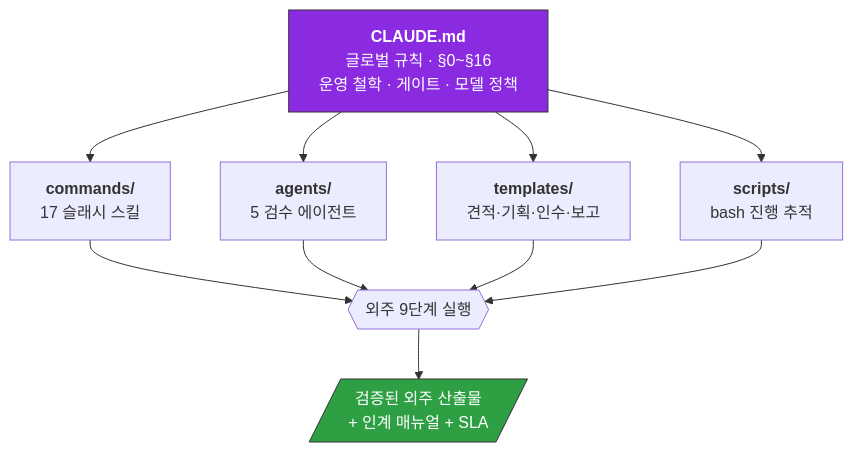
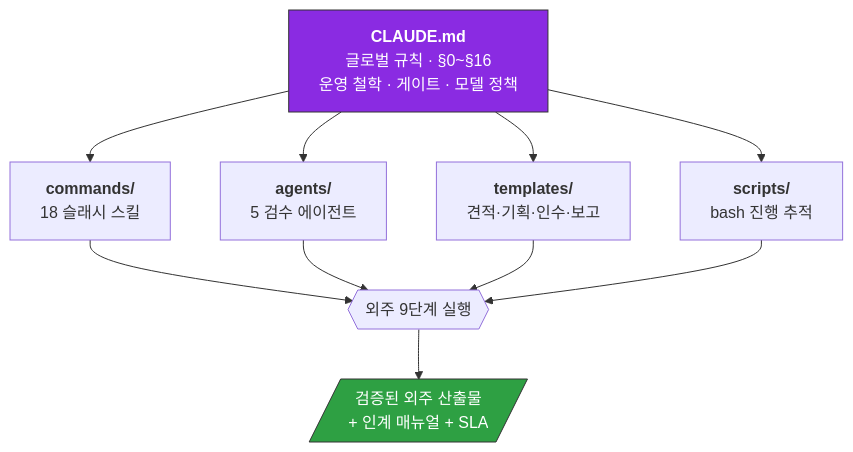
One commit to doublesilver/ai-workspace changed the second of 2 diagrams in README.md. Above: the diagram before and after it, drawn with Mermaid. The commit also changed other lines of this file and 2 other files, not shown here.

````diff
--- a/README.md
+++ b/README.md
@@ -169,18 +170,18 @@
 ```mermaid
 flowchart TD
     CM[<b>CLAUDE.md</b><br/>글로벌 규칙 · §0~§16<br/>운영 철학 · 게이트 · 모델 정책]:::core
 
-    CM --> CMD[<b>commands/</b><br/>17 슬래시 스킬]
+    CM --> CMD[<b>commands/</b><br/>18 슬래시 스킬]
     CM --> AG[<b>agents/</b><br/>5 검수 에이전트]
     CM --> TP[<b>templates/</b><br/>견적·기획·인수·보고]
     CM --> SC[<b>scripts/</b><br/>bash 진행 추적]
 
     CMD --> FLOW{{외주 9단계 실행}}
     AG --> FLOW
     TP --> FLOW
     SC --> FLOW
     FLOW --> OUT[/검증된 외주 산출물<br/>+ 인계 매뉴얼 + SLA/]:::out
 
     classDef core fill:#8A2BE2,stroke:#333,color:#fff;
     classDef out fill:#2EA043,stroke:#333,color:#fff;
 ```
````
